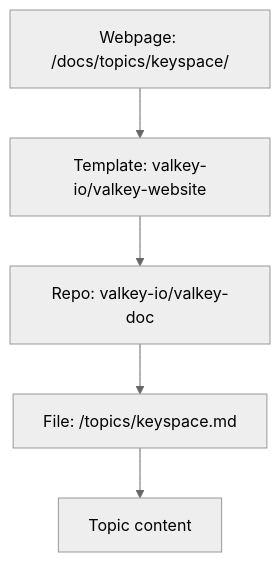
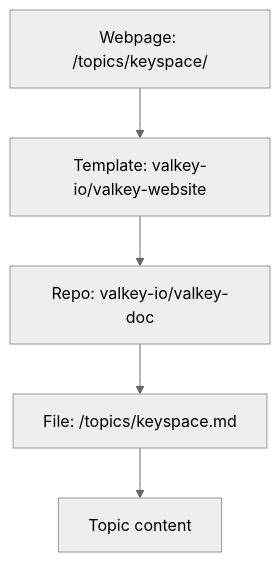
The first of 2 diagrams in README.md (valkey-io/valkey-io.github.io), drawn with Mermaid (neutral theme) before and after one commit. The commit also changed other lines of this file and 8 other files, not shown here.

````diff
--- a/README.md
+++ b/README.md
@@ -44,6 +44,6 @@
 ```mermaid
 flowchart TD
-    A[Webpage: /docs/topics/keyspace/ ]
+    A[Webpage: /topics/keyspace/ ]
     A --> B[Template: valkey-io/valkey-website]
     B --> H[Repo: valkey-io/valkey-doc ] --> I[File: /topics/keyspace.md ] --> Y[Topic content]
 ```
````
